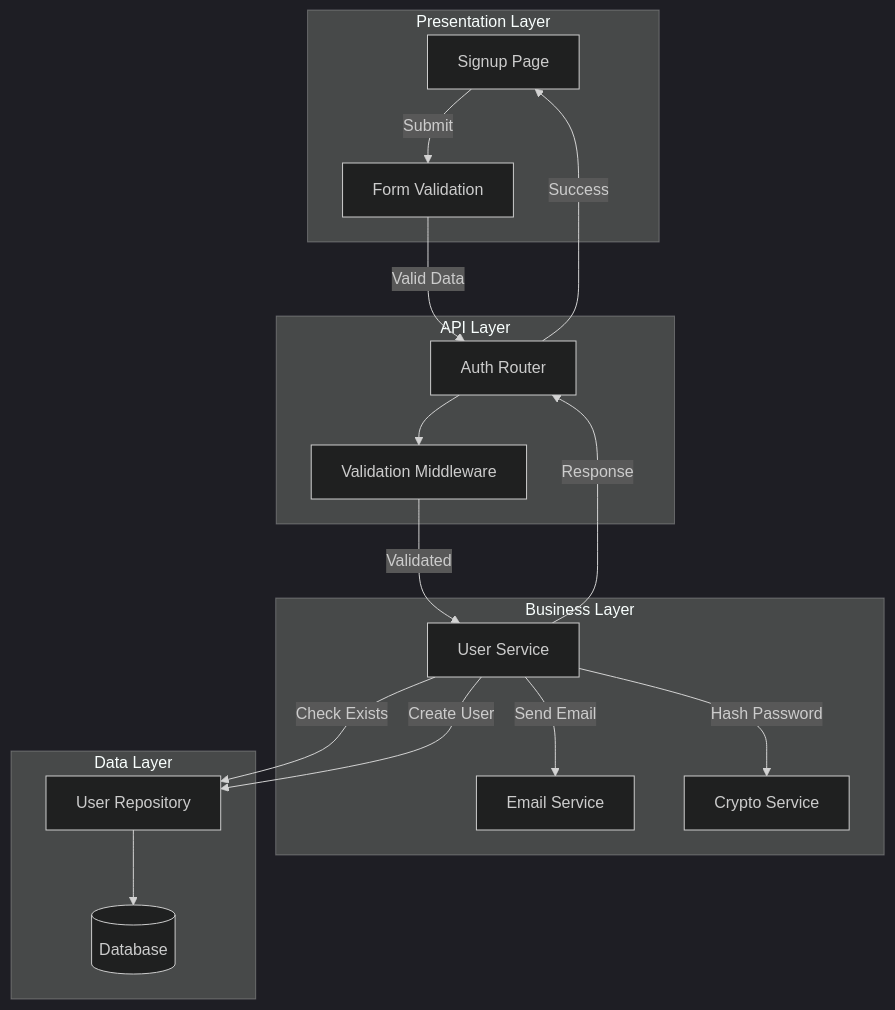
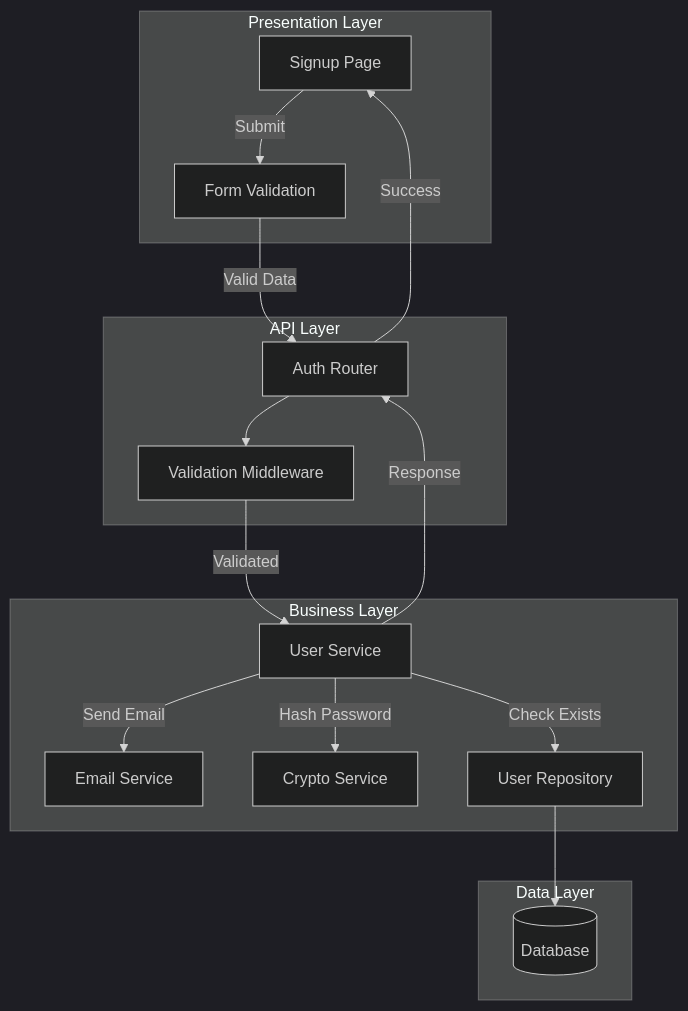
Before and after one commit to Asoingbob225/CSC510: diagram 12 of 18 in proj2/docs/2-SRS/4-system-features/4-system-models.md, drawn with Mermaid (dark theme). The commit also changed 9 other files, not shown here.

````diff
--- a/proj2/docs/2-SRS/4-system-features/4-system-models.md
+++ b/proj2/docs/2-SRS/4-system-features/4-system-models.md
@@ -406,35 +406,34 @@
 ```mermaid
 graph TB
     subgraph "Presentation Layer"
         SignupPage[Signup Page]
         FormValidation[Form Validation]
     end
 
     subgraph "API Layer"
         AuthRouter[Auth Router]
         Middleware[Validation Middleware]
     end
 
     subgraph "Business Layer"
         UserService[User Service]
         EmailService[Email Service]
         Crypto[Crypto Service]
+        UserRepo[User Repository]
     end
 
     subgraph "Data Layer"
-        UserRepo[User Repository]
         Database[(Database)]
     end
 
     SignupPage -->|Submit| FormValidation
     FormValidation -->|Valid Data| AuthRouter
     AuthRouter --> Middleware
     Middleware -->|Validated| UserService
     UserService -->|Check Exists| UserRepo
     UserRepo --> Database
     UserService -->|Hash Password| Crypto
-    UserService -->|Create User| UserRepo
     UserService -->|Send Email| EmailService
     UserService -->|Response| AuthRouter
     AuthRouter -->|Success| SignupPage
 ```
````
